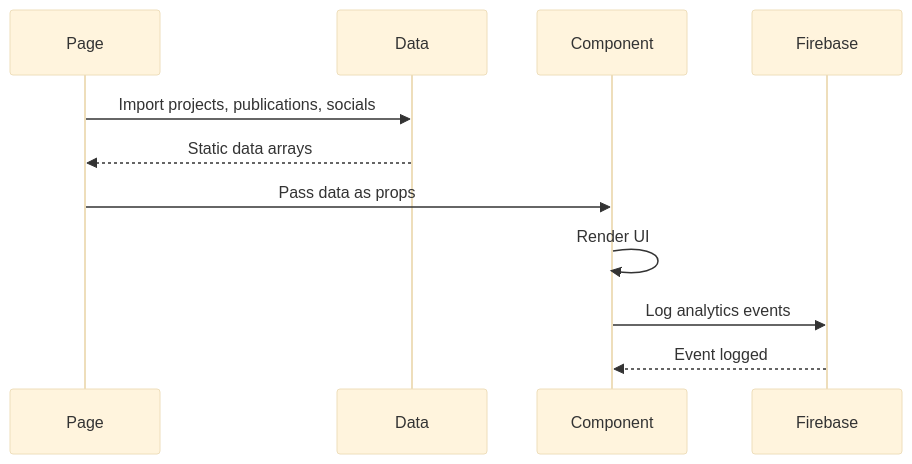
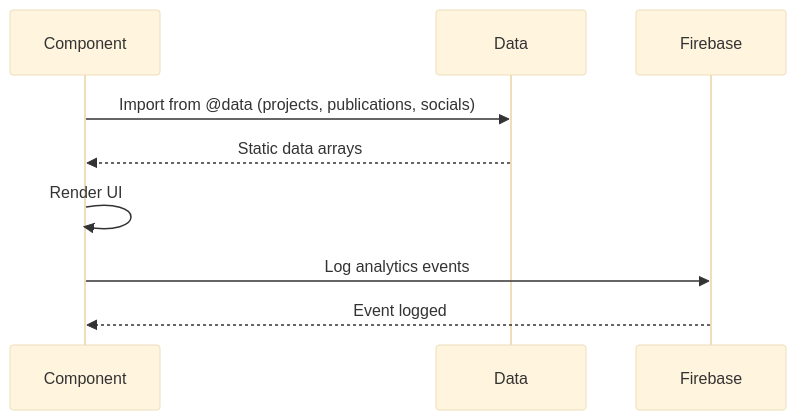
Before and after one commit to AlexJSully/AlexJSully-Portfolio: the second of 3 diagrams in docs/architecture/components/index.md, drawn with Mermaid (base theme). The commit also changed other lines of this file and 42 other files, not shown here.

````diff
--- a/docs/architecture/components/index.md
+++ b/docs/architecture/components/index.md
@@ -189,16 +189,14 @@
 ```mermaid
 sequenceDiagram
-    accTitle: Page Data Integration and Analytics Flow
-    accDescr: Page imports projects, publications, socials from data. Data is passed as props to components. Components render UI and log analytics events to Firebase
-    participant Page
+    accTitle: Component Data Integration and Analytics Flow
+    accDescr: Each component imports its own static data directly from the data modules, renders the UI, and logs analytics events to Firebase
+    participant Component
     participant Data
-    participant Component
     participant Firebase
 
-    Page->>Data: Import projects, publications, socials
-    Data-->>Page: Static data arrays
-    Page->>Component: Pass data as props
+    Component->>Data: Import from @data (projects, publications, socials)
+    Data-->>Component: Static data arrays
     Component->>Component: Render UI
     Component->>Firebase: Log analytics events
     Firebase-->>Component: Event logged
 ```
````
